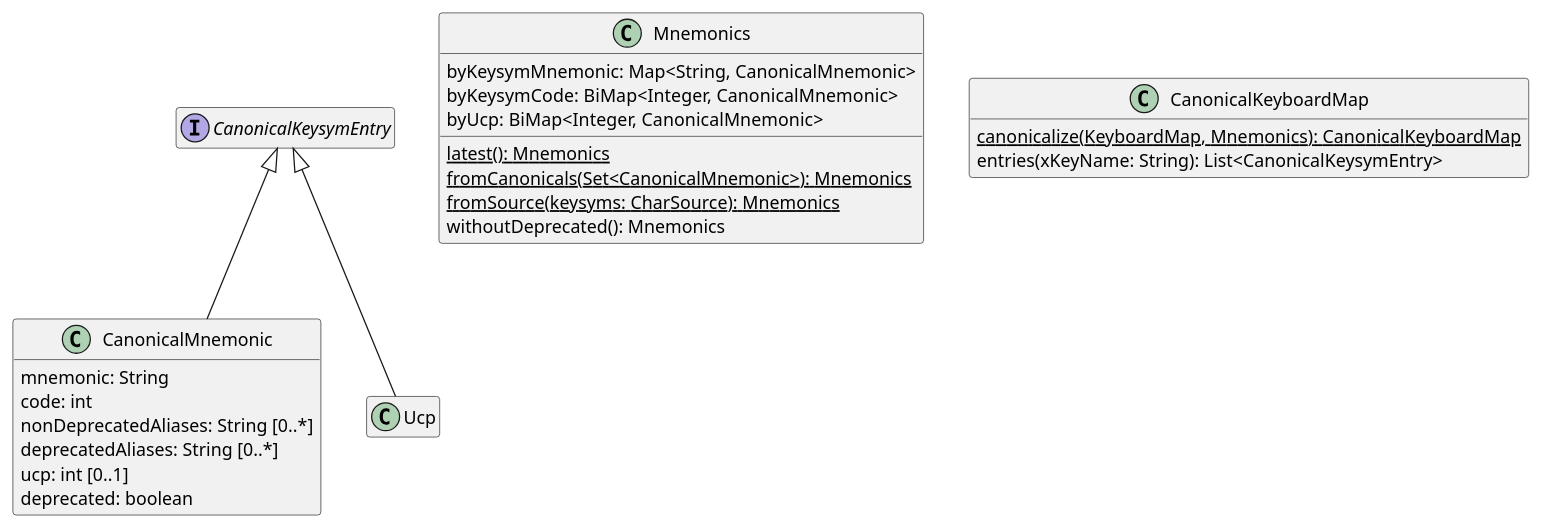
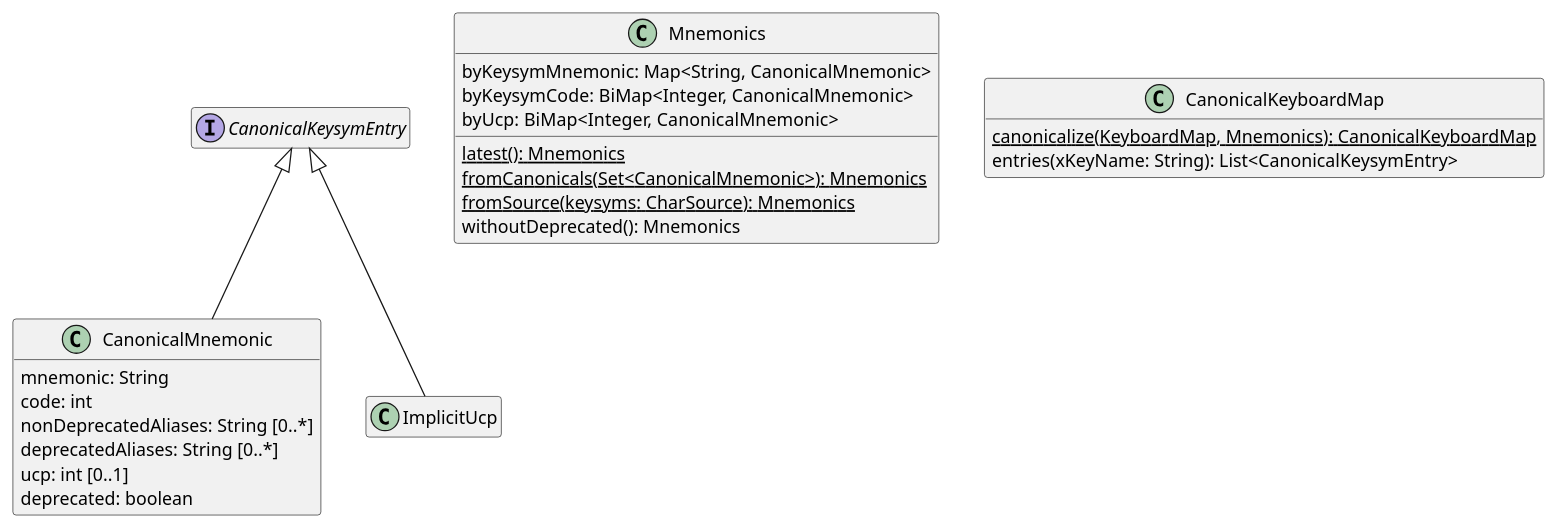
Before and after one commit to oliviercailloux/Keyboardd: the diagram in Mnemonics.wsd, drawn with PlantUML. The commit also changed 4 other files, not shown here.

Commit message:
ImplicitUcp

```diff
--- a/Mnemonics.wsd
+++ b/Mnemonics.wsd
@@ -1,32 +1,32 @@
 @startuml Mnemonics
 hide empty members
 
 class "CanonicalMnemonic" {
   mnemonic: String
   code: int
   nonDeprecatedAliases: String [0..*]
   deprecatedAliases: String [0..*]
   ucp: int [0..1]
   deprecated: boolean
 }
 
 class "Mnemonics" {
   {static} latest(): Mnemonics
   {static} fromCanonicals(Set<CanonicalMnemonic>): Mnemonics
   {static} fromSource(keysyms: CharSource): Mnemonics
   byKeysymMnemonic: Map<String, CanonicalMnemonic>
   byKeysymCode: BiMap<Integer, CanonicalMnemonic>
   byUcp: BiMap<Integer, CanonicalMnemonic>
   withoutDeprecated(): Mnemonics
 }
 
 interface "CanonicalKeysymEntry" {}
 "CanonicalKeysymEntry" <|-- "CanonicalMnemonic"
-"CanonicalKeysymEntry" <|-- "Ucp"
+"CanonicalKeysymEntry" <|-- "ImplicitUcp"
 
 class "CanonicalKeyboardMap" {
   {static} canonicalize(KeyboardMap, Mnemonics): CanonicalKeyboardMap
   entries(xKeyName: String): List<CanonicalKeysymEntry>
 }
 
 @enduml
```
